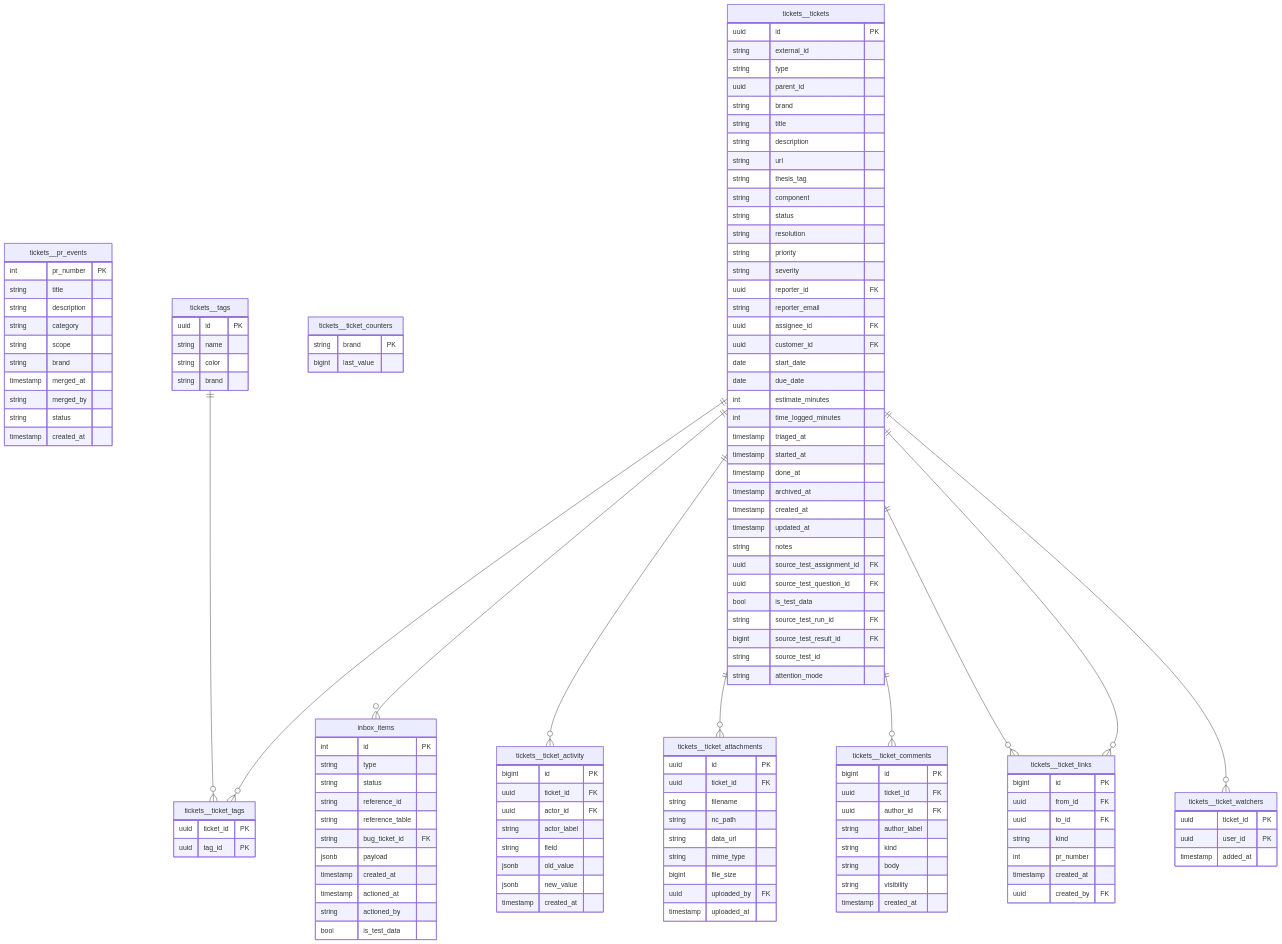
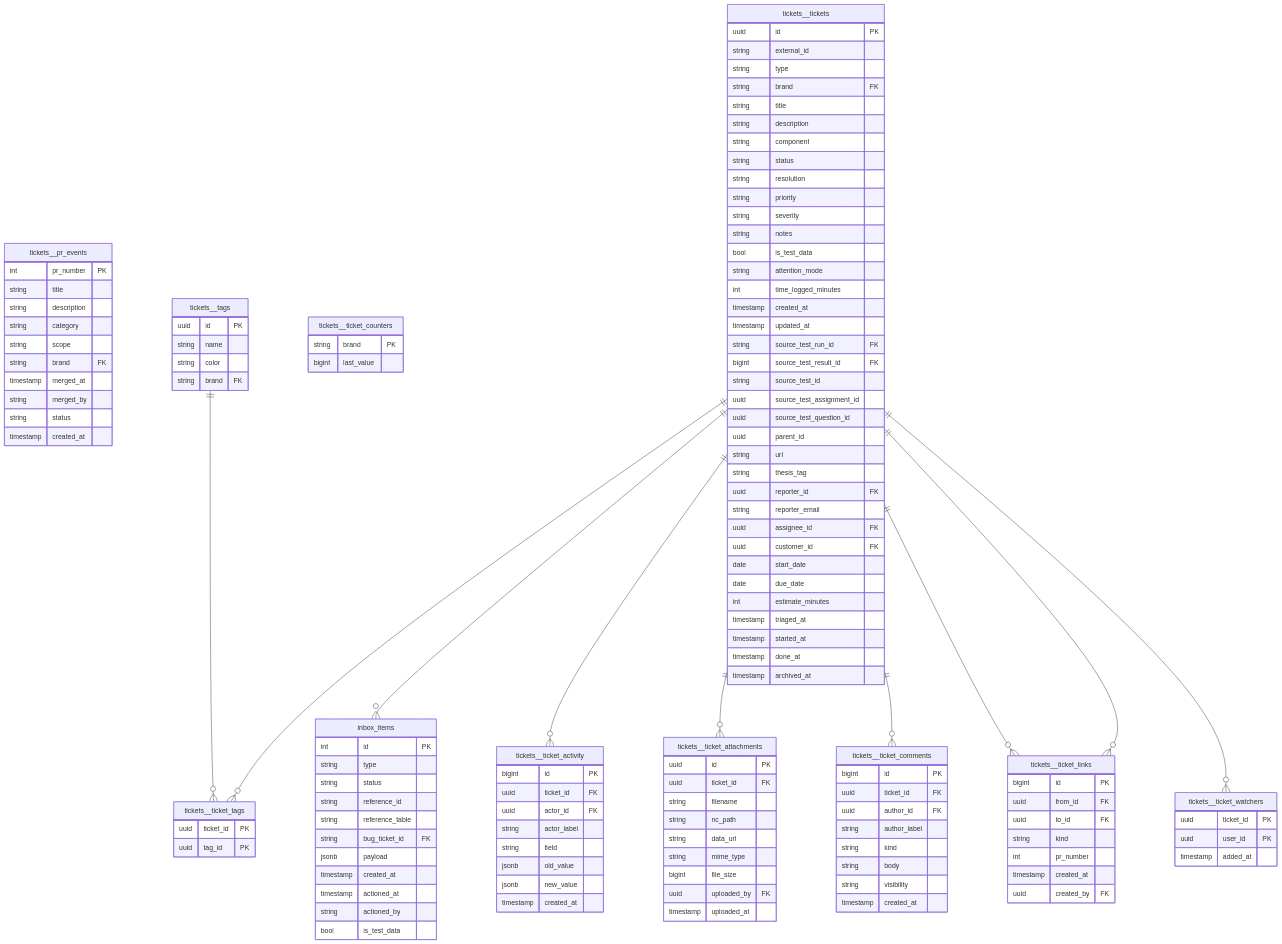
The fourth of 8 diagrams in docs/db-schema-diagram.md (Paddione/Bachelorprojekt), drawn with Mermaid before and after one commit. The commit also changed other lines of this file and 2 other files, not shown here.

```diff
--- a/docs/db-schema-diagram.md
+++ b/docs/db-schema-diagram.md
@@ -590,7 +470,7 @@
     string description
     string category
     string scope
-    string brand
+    string brand FK
     timestamp merged_at
     string merged_by
     string status
@@ -600,7 +480,7 @@
     uuid id PK
     string name
     string color
-    string brand
+    string brand FK
   }
   tickets__ticket_activity {
     bigint id PK
@@ -659,17 +539,28 @@
     uuid id PK
     string external_id
     string type
-    uuid parent_id
-    string brand
+    string brand FK
     string title
     string description
-    string url
-    string thesis_tag
     string component
     string status
     string resolution
     string priority
     string severity
+    string notes
+    bool is_test_data
+    string attention_mode
+    int time_logged_minutes
+    timestamp created_at
+    timestamp updated_at
+    string source_test_run_id FK
+    bigint source_test_result_id FK
+    string source_test_id
+    uuid source_test_assignment_id
+    uuid source_test_question_id
+    uuid parent_id
+    string url
+    string thesis_tag
     uuid reporter_id FK
     string reporter_email
     uuid assignee_id FK
@@ -677,21 +568,10 @@
     date start_date
     date due_date
     int estimate_minutes
-    int time_logged_minutes
     timestamp triaged_at
     timestamp started_at
     timestamp done_at
     timestamp archived_at
-    timestamp created_at
-    timestamp updated_at
-    string notes
-    uuid source_test_assignment_id FK
-    uuid source_test_question_id FK
-    bool is_test_data
-    string source_test_run_id FK
-    bigint source_test_result_id FK
-    string source_test_id
-    string attention_mode
   }
   tickets__tickets ||--o{ inbox_items : ""
   tickets__tickets ||--o{ tickets__ticket_activity : ""
```
